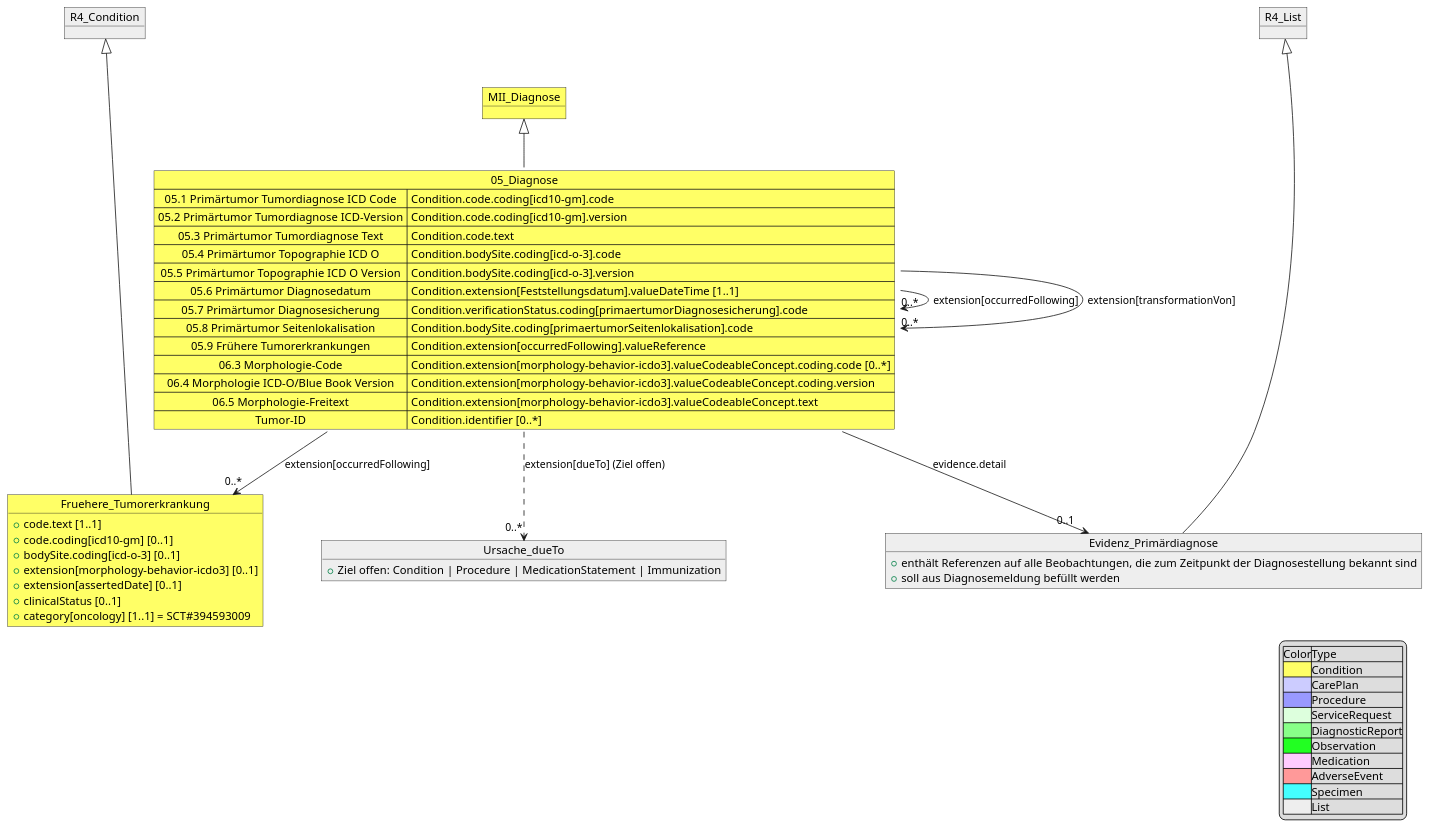
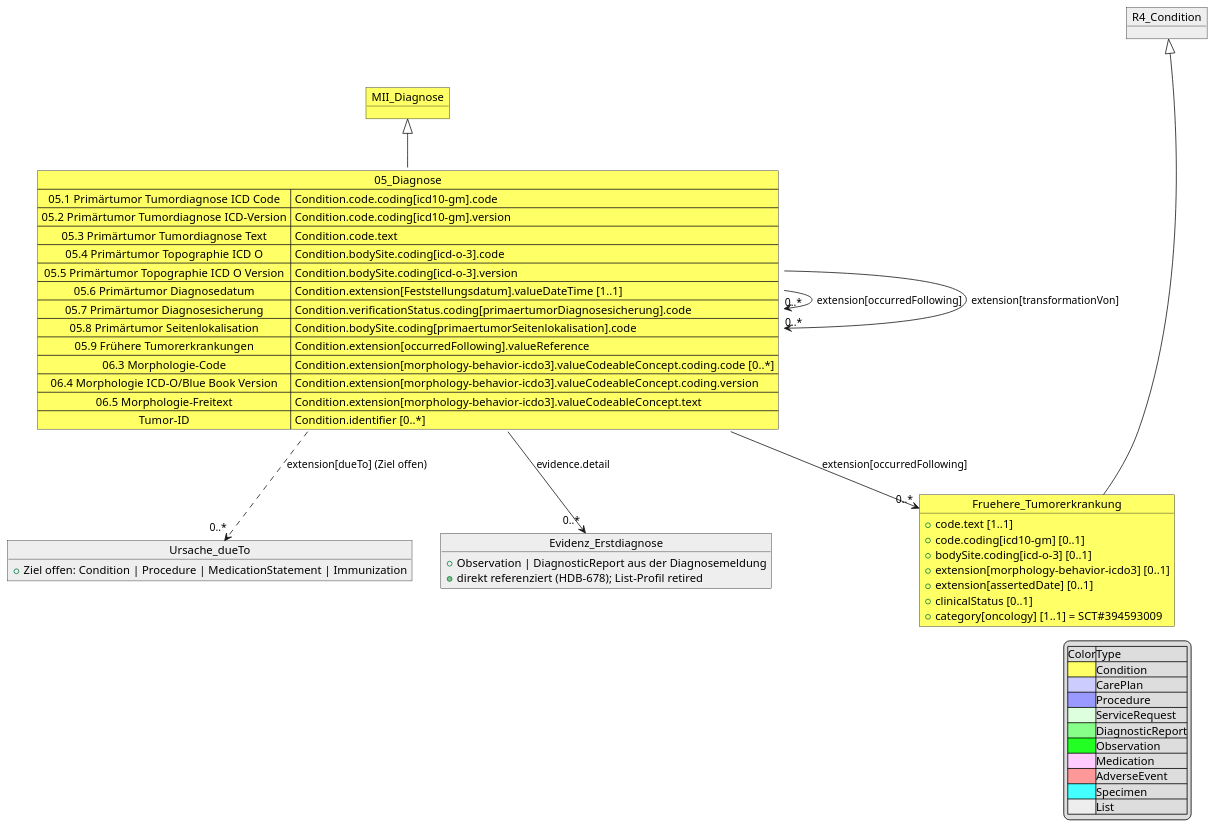
Before and after one commit to medizininformatik-initiative/kerndatensatzmodul-onkologie: the diagram in input/images-source/MII_Onko_05_Diagnosis.pu, drawn with PlantUML. The commit also changed 26 other files, not shown here.

First line of the commit message:
feat(diagnose)!: Evidenz der Erstdiagnose direkt in Condition.evidence.detail, List-Profil retired (HDB-678)

```diff
--- a/input/images-source/MII_Onko_05_Diagnosis.pu
+++ b/input/images-source/MII_Onko_05_Diagnosis.pu
@@ -1,65 +1,63 @@
 @startuml MII_Onko_05_Diagnosis
 object MII_Diagnose #FFFF66
 Map 05_Diagnose #FFFF66 {
  05.1 Primärtumor Tumordiagnose ICD Code => Condition.code.coding[icd10-gm].code
  05.2 Primärtumor Tumordiagnose ICD-Version => Condition.code.coding[icd10-gm].version
  05.3 Primärtumor Tumordiagnose Text => Condition.code.text
  05.4 Primärtumor Topographie ICD O => Condition.bodySite.coding[icd-o-3].code
  05.5 Primärtumor Topographie ICD O Version => Condition.bodySite.coding[icd-o-3].version
  05.6 Primärtumor Diagnosedatum => Condition.extension[Feststellungsdatum].valueDateTime [1..1]
  05.7 Primärtumor Diagnosesicherung => Condition.verificationStatus.coding[primaertumorDiagnosesicherung].code
  05.8 Primärtumor Seitenlokalisation => Condition.bodySite.coding[primaertumorSeitenlokalisation].code
  05.9 Frühere Tumorerkrankungen => Condition.extension[occurredFollowing].valueReference
  06.3 Morphologie-Code => Condition.extension[morphology-behavior-icdo3].valueCodeableConcept.coding.code [0..*]
  06.4 Morphologie ICD-O/Blue Book Version => Condition.extension[morphology-behavior-icdo3].valueCodeableConcept.coding.version
  06.5 Morphologie-Freitext => Condition.extension[morphology-behavior-icdo3].valueCodeableConcept.text
  Tumor-ID => Condition.identifier [0..*]
 }
 
 MII_Diagnose <|-down- 05_Diagnose
 
 object R4_Condition #EEEEEE
 object Fruehere_Tumorerkrankung #FFFF66 {
     + code.text [1..1]
     + code.coding[icd10-gm] [0..1]
     + bodySite.coding[icd-o-3] [0..1]
     + extension[morphology-behavior-icdo3] [0..1]
     + extension[assertedDate] [0..1]
     + clinicalStatus [0..1]
     + category[oncology] [1..1] = SCT#394593009
 }
 R4_Condition <|---- Fruehere_Tumorerkrankung
 05_Diagnose --> "0..*" Fruehere_Tumorerkrankung : extension[occurredFollowing]
 05_Diagnose --> "0..*" 05_Diagnose : extension[occurredFollowing]
 05_Diagnose --> "0..*" 05_Diagnose : extension[transformationVon]
 
 object Ursache_dueTo #EEEEEE {
     + Ziel offen: Condition | Procedure | MedicationStatement | Immunization
 }
 05_Diagnose ..> "0..*" Ursache_dueTo : extension[dueTo] (Ziel offen)
 
-object R4_List #EEEEEE
-object Evidenz_Primärdiagnose #EEEEEE {
-    + enthält Referenzen auf alle Beobachtungen, die zum Zeitpunkt der Diagnosestellung bekannt sind
-    + soll aus Diagnosemeldung befüllt werden
+object Evidenz_Erstdiagnose #EEEEEE {
+    + Observation | DiagnosticReport aus der Diagnosemeldung
+    + direkt referenziert (HDB-678); List-Profil retired
 }
-R4_List <|---- Evidenz_Primärdiagnose
-05_Diagnose --> "0..1" Evidenz_Primärdiagnose : evidence.detail
+05_Diagnose --> "0..*" Evidenz_Erstdiagnose : evidence.detail
 
 legend right 
 |Color|Type|
 |<#FFFF66>|Condition|
 |<#CCCCFF>|CarePlan|
 |<#9999FF>|Procedure|
 |<#DDFFDD>|ServiceRequest|
 |<#88FF88>|DiagnosticReport|
 |<#22FF22>|Observation|
 |<#FFCCFF>|Medication|
 |<#FF9999>|AdverseEvent|
 |<#44FFFF>|Specimen|
 |<#EEEEEE>|List|
 endlegend
 
 
 
 @enduml
```
